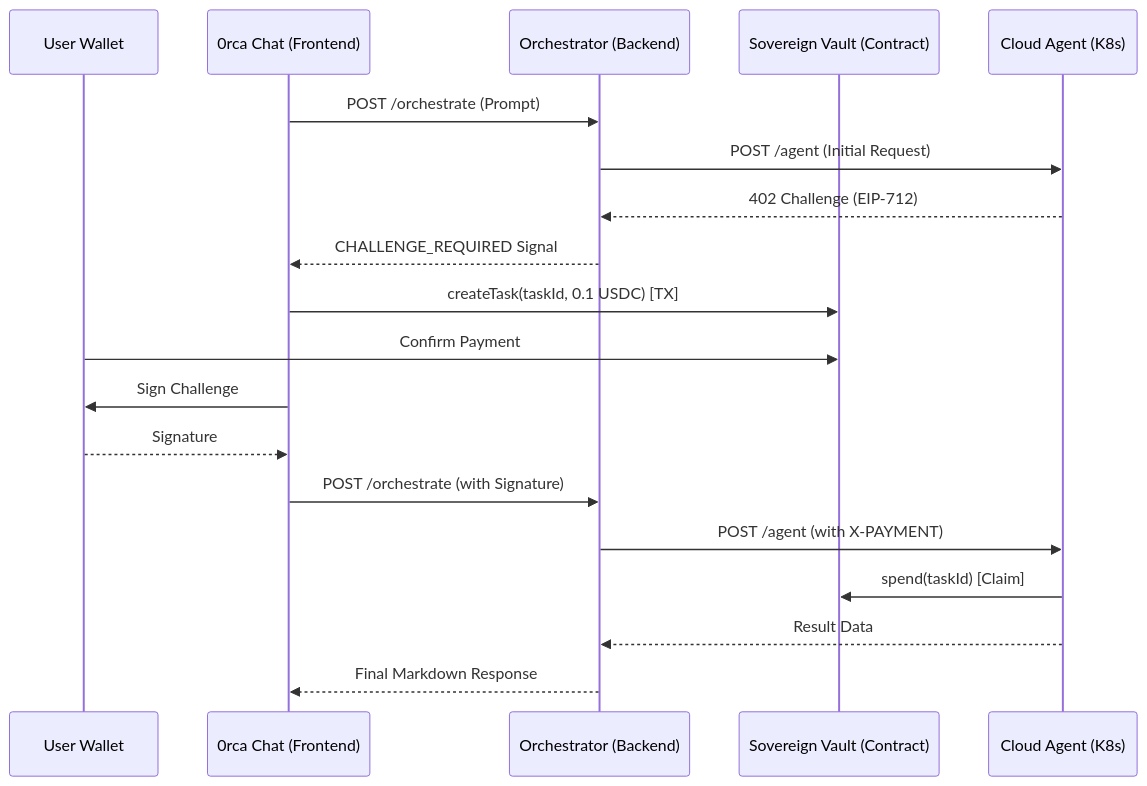
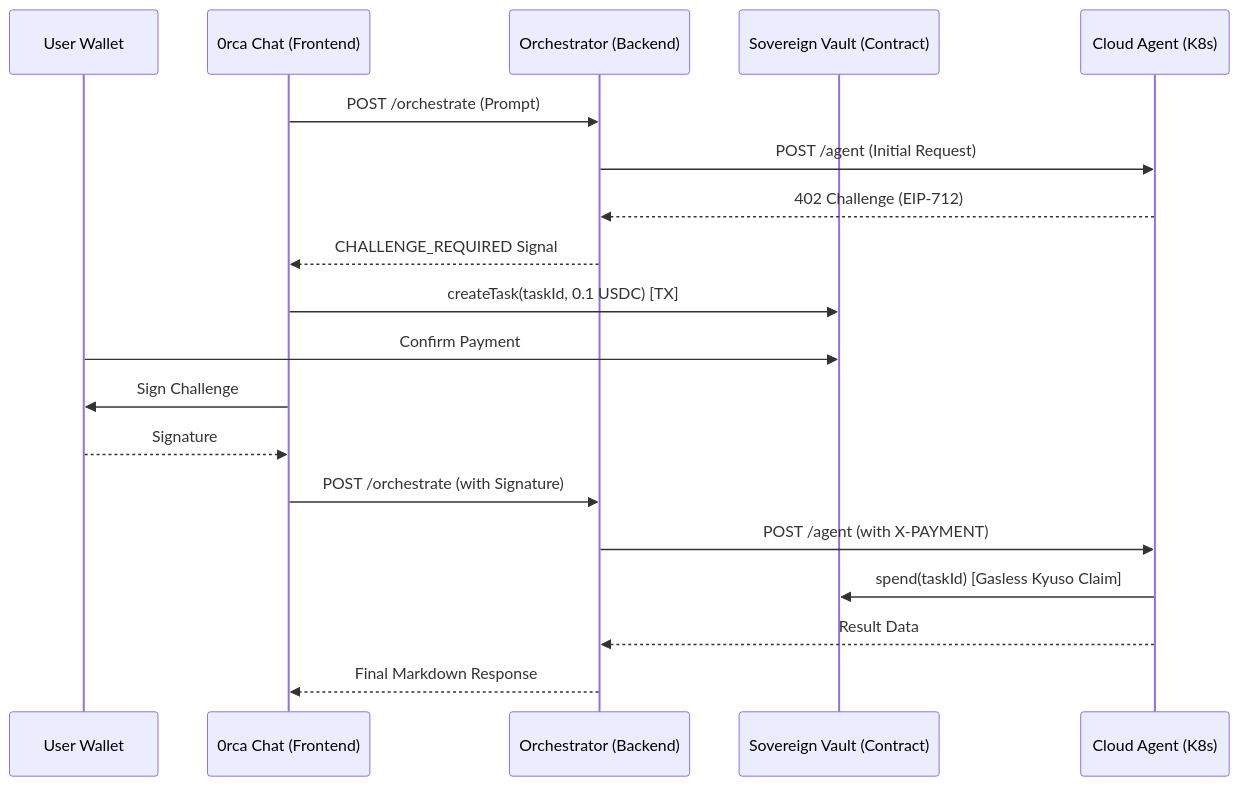
Before and after one commit to 0rca-network/0rca_chat: the diagram in ARCHITECTURE.md, drawn with Mermaid. The commit also changed other lines of this file and 7 other files, not shown here.

````diff
--- a/ARCHITECTURE.md
+++ b/ARCHITECTURE.md
@@ -48,22 +48,22 @@
 ```mermaid
 sequenceDiagram
     participant User as User Wallet
     participant UI as 0rca Chat (Frontend)
     participant Orch as Orchestrator (Backend)
     participant Vault as Sovereign Vault (Contract)
     participant Agent as Cloud Agent (K8s)
 
     UI->>Orch: POST /orchestrate (Prompt)
     Orch->>Agent: POST /agent (Initial Request)
     Agent-->>Orch: 402 Challenge (EIP-712)
     Orch-->>UI: CHALLENGE_REQUIRED Signal
     UI->>Vault: createTask(taskId, 0.1 USDC) [TX]
     User->>Vault: Confirm Payment
     UI->>User: Sign Challenge
     User-->>UI: Signature
     UI->>Orch: POST /orchestrate (with Signature)
     Orch->>Agent: POST /agent (with X-PAYMENT)
-    Agent->>Vault: spend(taskId) [Claim]
+    Agent->>Vault: spend(taskId) [Gasless Kyuso Claim]
     Agent-->>Orch: Result Data
     Orch-->>UI: Final Markdown Response
 ```
````
